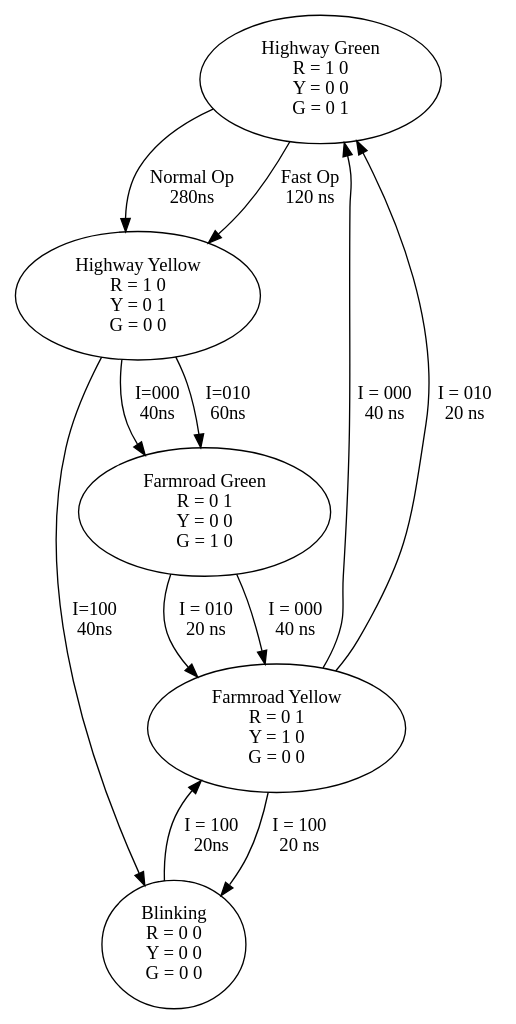
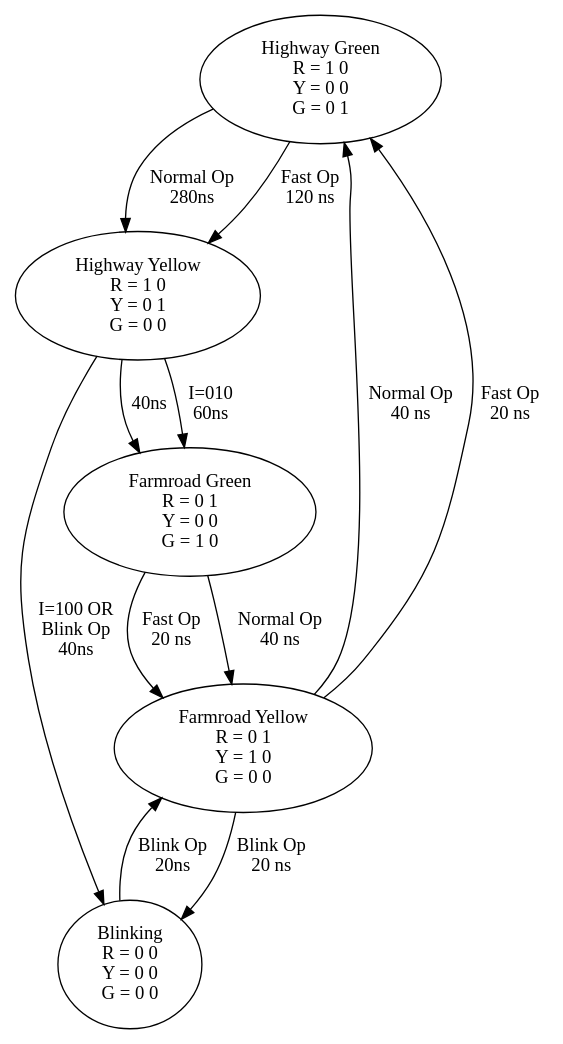
Before and after one commit to jandersson/iscas-89-s298: the diagram in dot/s298.gv, drawn with Graphviz. The commit also changed 2 other files, not shown here.

Commit message:
Complete state diagram

```diff
--- a/dot/s298.gv
+++ b/dot/s298.gv
@@ -1,18 +1,18 @@
 digraph s298 {
 	HighwayGreen -> HighwayYellow [label="Normal Op\n280ns"];
 	HighwayGreen -> HighwayYellow [label="Fast Op\n120 ns"];
-	HighwayYellow -> FarmroadGreen [label="I=000\n40ns"];
+	HighwayYellow -> FarmroadGreen [label="40ns"];
 	HighwayYellow -> FarmroadGreen [label="I=010\n60ns"];
-	HighwayYellow -> Blinking [label="I=100\n40ns"];
-	Blinking -> FarmroadYellow [label="I = 100\n20ns"];
-	FarmroadYellow -> Blinking [label="I = 100\n20 ns"];
-	FarmroadGreen -> FarmroadYellow [label="I = 000\n40 ns"];
-	FarmroadGreen -> FarmroadYellow [label="I = 010\n20 ns"];
-	FarmroadYellow -> HighwayGreen [label="I = 000\n40 ns"];
-	FarmroadYellow -> HighwayGreen [label="I = 010\n20 ns"];
+	HighwayYellow -> Blinking [label="I=100 OR\n Blink Op\n40ns"];
+	Blinking -> FarmroadYellow [label="Blink Op\n20ns"];
+	FarmroadYellow -> Blinking [label="Blink Op\n20 ns"];
+	FarmroadGreen -> FarmroadYellow [label="Normal Op\n40 ns"];
+	FarmroadGreen -> FarmroadYellow [label="Fast Op\n20 ns"];
+	FarmroadYellow -> HighwayGreen [label="Normal Op\n40 ns"];
+	FarmroadYellow -> HighwayGreen [label="Fast Op\n20 ns"];
 	FarmroadYellow [label="Farmroad Yellow\nR = 0 1\nY = 1 0\nG = 0 0"];
 	FarmroadGreen [label="Farmroad Green\nR = 0 1\nY = 0 0\nG = 1 0"];
 	HighwayGreen [label="Highway Green\nR = 1 0\nY = 0 0\nG = 0 1"];
 	HighwayYellow [label="Highway Yellow\nR = 1 0\nY = 0 1\nG = 0 0"];
 	Blinking [label="Blinking\nR = 0 0\nY = 0 0\nG = 0 0"];
 }
```
